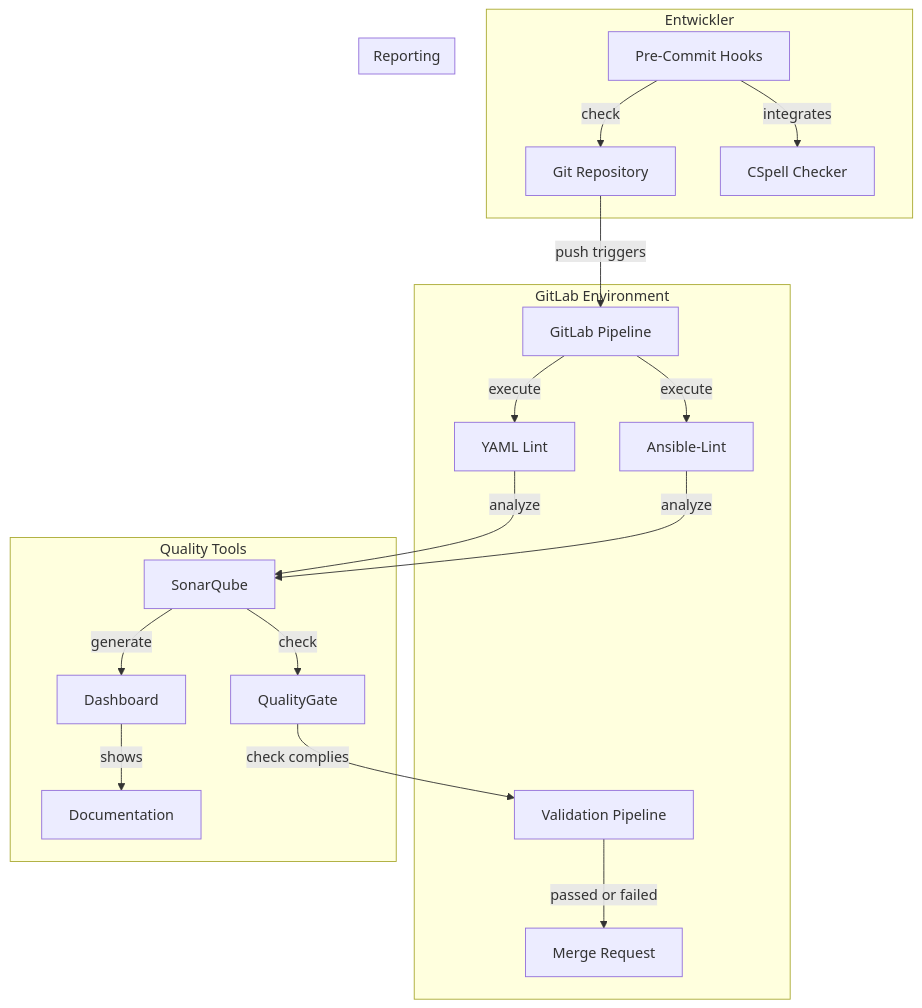
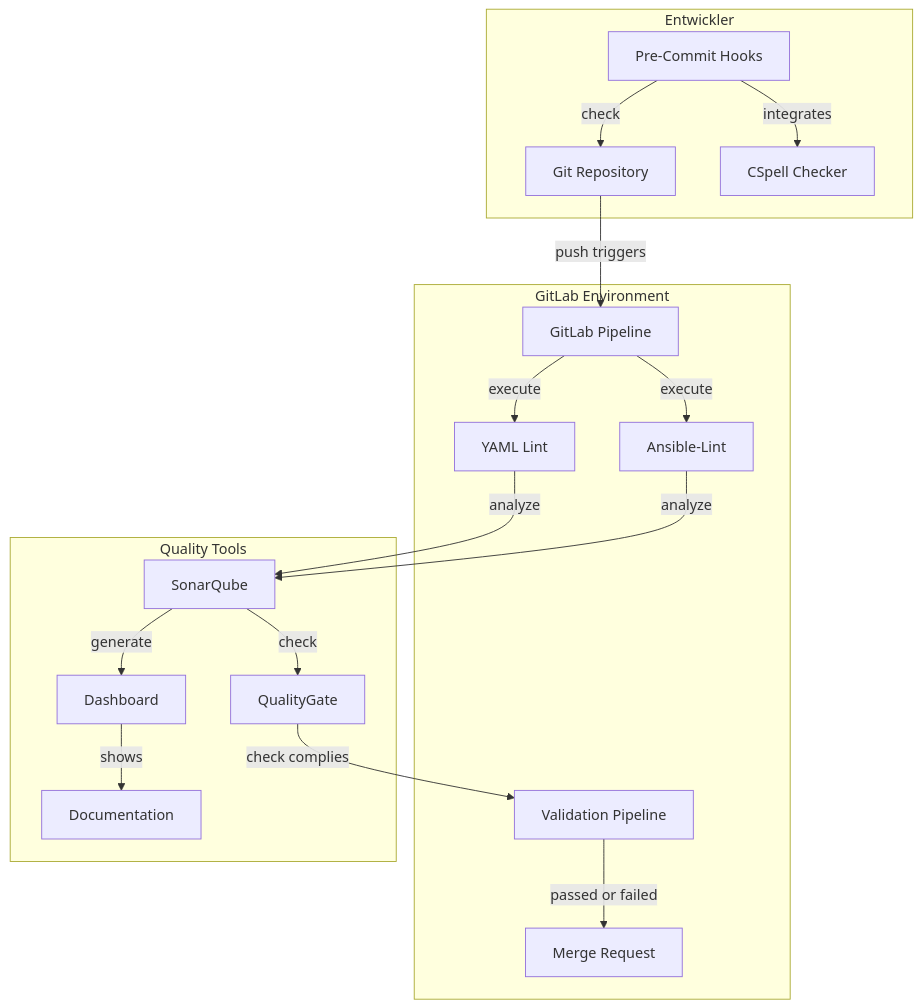
The diagram in docs/02_Planung/theoretischer_loesungsanstz.md (danyambuehl/ITCNE23-SEM-Illl), drawn with Mermaid before and after one commit. The commit also changed other lines of this file and 4 other files, not shown here.

````diff
--- a/docs/02_Planung/theoretischer_loesungsanstz.md
+++ b/docs/02_Planung/theoretischer_loesungsanstz.md
@@ -57,42 +60,37 @@
 ```mermaid
 flowchart TB
     subgraph "Entwickler"
         Repository["Git Repository"]
         pre-commit["Pre-Commit Hooks"]
         CSpell["CSpell Checker"]
     end
     direction TB
     subgraph GitLab["GitLab Environment"]
         Pipeline["GitLab Pipeline"]
         YAML["YAML Lint"]
         AnsibleLint["Ansible-Lint"]
         Validation["Validation Pipeline"]
         MergeRequest["Merge Request"]
     end
 
     subgraph QualityTools["Quality Tools"]
         SonarQube
         Dashboard
         QualityGate
         Documentation
     end
 
-    subgraph Reports["Reporting"]
-        Dashboard
-        Documentation
-    end
-
     pre-commit -->|integrates| CSpell
     pre-commit -->|check| Repository
     Pipeline -->|execute| YAML
     Pipeline -->|execute| AnsibleLint
     YAML -->|analyze| SonarQube
     AnsibleLint -->|analyze| SonarQube
     SonarQube -->|generate| Dashboard
     SonarQube -->|check| QualityGate
     Dashboard -->|shows| Documentation
     Repository -->|push triggers| Pipeline
     QualityGate -->|check complies| Validation
     Validation --> | passed or failed  | MergeRequest
 
 ```
````
